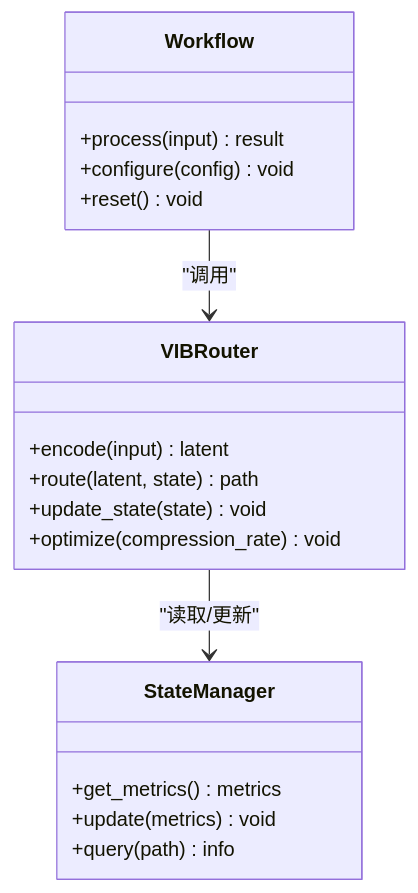
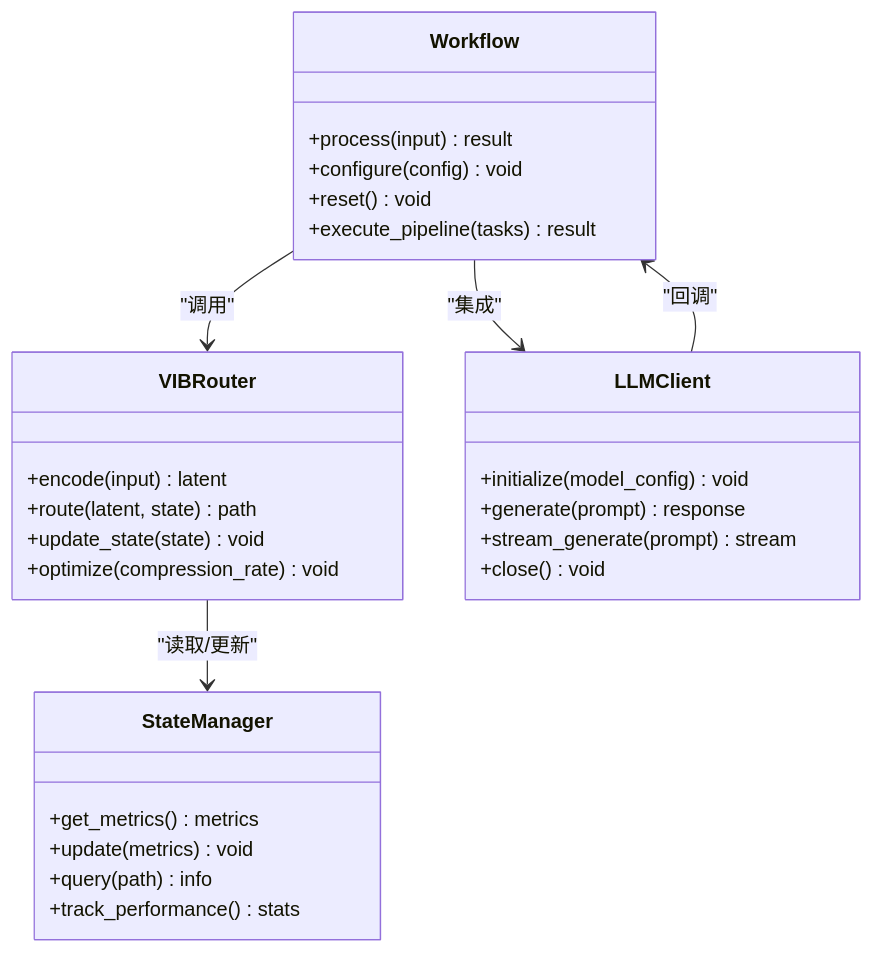
One commit to QuStarry/VIB-SparseCommunication changed the third of 6 diagrams in .qoder/repowiki/zh/content/VIB稀疏通信核心/VIB稀疏通信核心.md. Above: the diagram before and after it, drawn with Mermaid. The commit also changed other lines of this file and 28 other files, not shown here.

````diff
--- a/.qoder/repowiki/zh/content/VIB稀疏通信核心/VIB稀疏通信核心.md
+++ b/.qoder/repowiki/zh/content/VIB稀疏通信核心/VIB稀疏通信核心.md
@@ -140,21 +187,31 @@
 ```mermaid
 classDiagram
 class VIBRouter {
 +encode(input) latent
 +route(latent, state) path
 +update_state(state) void
 +optimize(compression_rate) void
 }
 class Workflow {
 +process(input) result
 +configure(config) void
 +reset() void
++execute_pipeline(tasks) result
 }
 class StateManager {
 +get_metrics() metrics
 +update(metrics) void
 +query(path) info
++track_performance() stats
+}
+class LLMClient {
++initialize(model_config) void
++generate(prompt) response
++stream_generate(prompt) stream
++close() void
 }
 Workflow --> VIBRouter : "调用"
 VIBRouter --> StateManager : "读取/更新"
+Workflow --> LLMClient : "集成"
+LLMClient --> Workflow : "回调"
 ```
````
